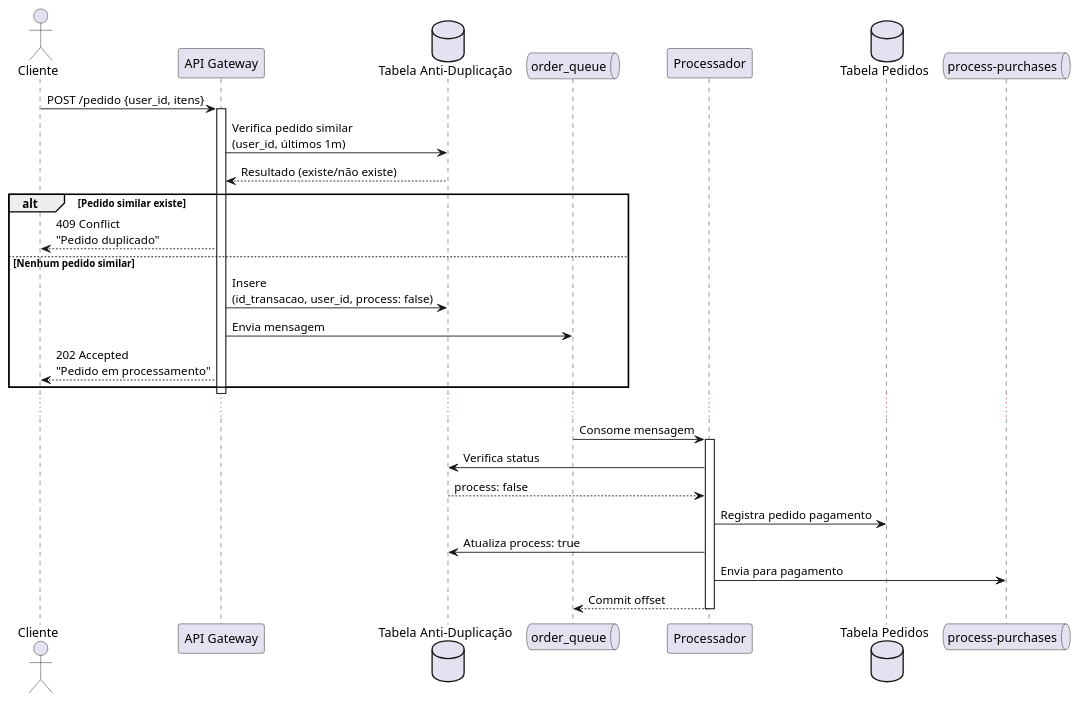
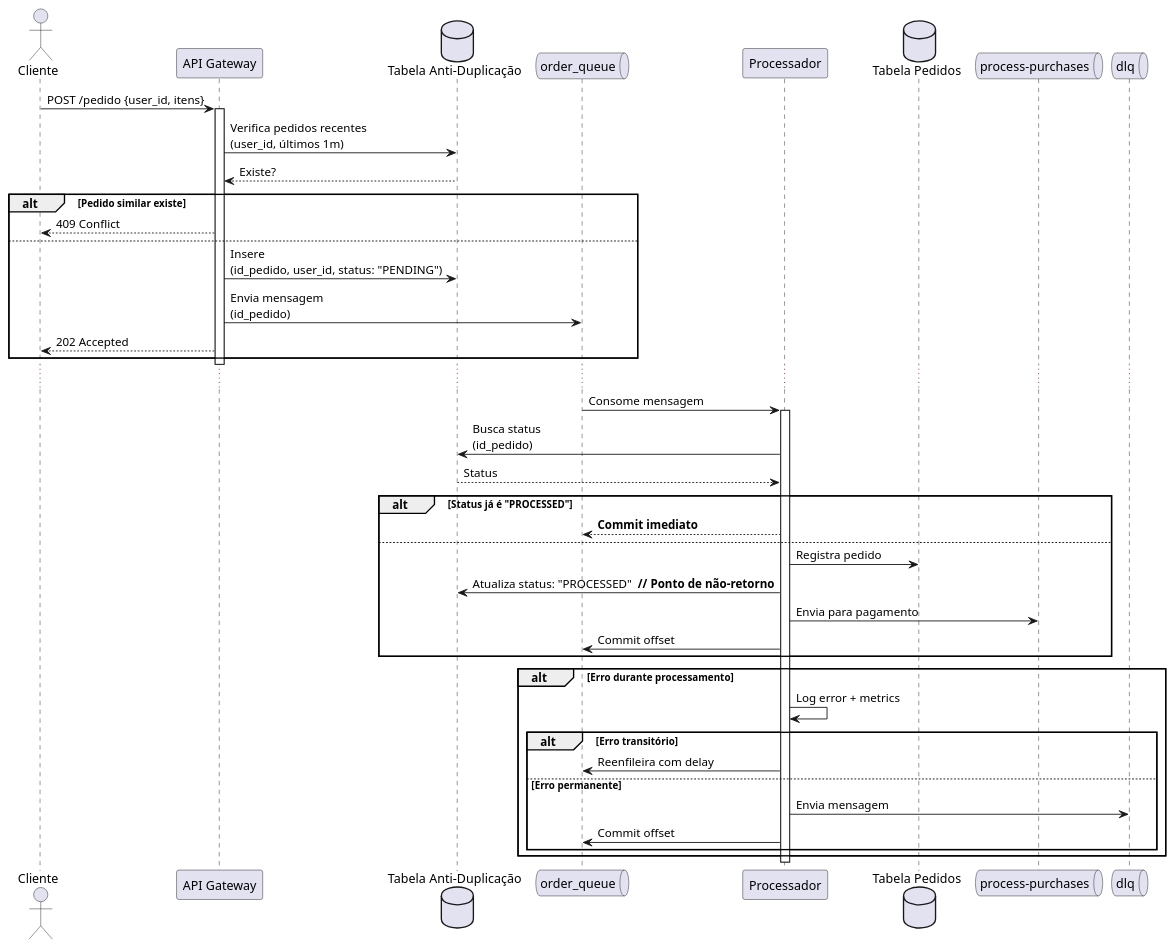
One commit to Thales-Eduardo/gateway-pagament changed the diagram in process-purchases/docs/uml.plantuml. Above: the diagram before and after it, drawn with PlantUML. The commit also changed 6 other files, not shown here.

```diff
--- a/process-purchases/docs/uml.plantuml
+++ b/process-purchases/docs/uml.plantuml
@@ -1,40 +1,56 @@
-@startuml process_purchases_flow
+@startuml enhanced_process_purchases_flow
+
 actor Cliente
 participant "API Gateway" as Gateway
 database "Tabela Anti-Duplicação" as AntiDup
 queue "order_queue" as OrderQueue
 participant "Processador" as Processor
 database "Tabela Pedidos" as Orders
 queue "process-purchases" as ProcessPurchases
+queue "dlq" as DLQ
 
 Cliente -> Gateway: POST /pedido {user_id, itens}
 activate Gateway
 
-Gateway -> AntiDup: Verifica pedido similar\n(user_id, últimos 1m)
-AntiDup --> Gateway: Resultado (existe/não existe)
+Gateway -> AntiDup: Verifica pedidos recentes\n(user_id, últimos 1m)
+AntiDup --> Gateway: Existe? 
 
 alt Pedido similar existe
-    Gateway --> Cliente: 409 Conflict\n"Pedido duplicado"
-else Nenhum pedido similar
-    Gateway -> AntiDup: Insere\n(id_transacao, user_id, process: false)
-    Gateway -> OrderQueue: Envia mensagem
-    Gateway --> Cliente: 202 Accepted\n"Pedido em processamento"
+    Gateway --> Cliente: 409 Conflict
+else 
+    Gateway -> AntiDup: Insere\n(id_pedido, user_id, status: "PENDING")
+    Gateway -> OrderQueue: Envia mensagem\n(id_pedido)
+    Gateway --> Cliente: 202 Accepted
 end
 
 deactivate Gateway
 
 ...
 
 OrderQueue -> Processor: Consome mensagem
 activate Processor
 
-Processor -> AntiDup: Verifica status
-AntiDup --> Processor: process: false
+Processor -> AntiDup: Busca status\n(id_pedido)
+AntiDup --> Processor: Status
 
-Processor -> Orders: Registra pedido pagamento
-Processor -> AntiDup: Atualiza process: true
-Processor -> ProcessPurchases: Envia para pagamento
-Processor --> OrderQueue: Commit offset
+alt Status já é "PROCESSED"
+    Processor --> OrderQueue: **Commit imediato**
+else
+    Processor -> Orders: Registra pedido
+    Processor -> AntiDup: Atualiza status: "PROCESSED"  **// Ponto de não-retorno**
+    Processor -> ProcessPurchases: Envia para pagamento
+    Processor -> OrderQueue: Commit offset
+end
+
+alt Erro durante processamento
+    Processor -> Processor: Log error + metrics
+    alt Erro transitório
+        Processor -> OrderQueue: Reenfileira com delay
+    else Erro permanente
+        Processor -> DLQ: Envia mensagem
+        Processor -> OrderQueue: Commit offset
+    end
+end
 
 deactivate Processor
 @enduml
```
